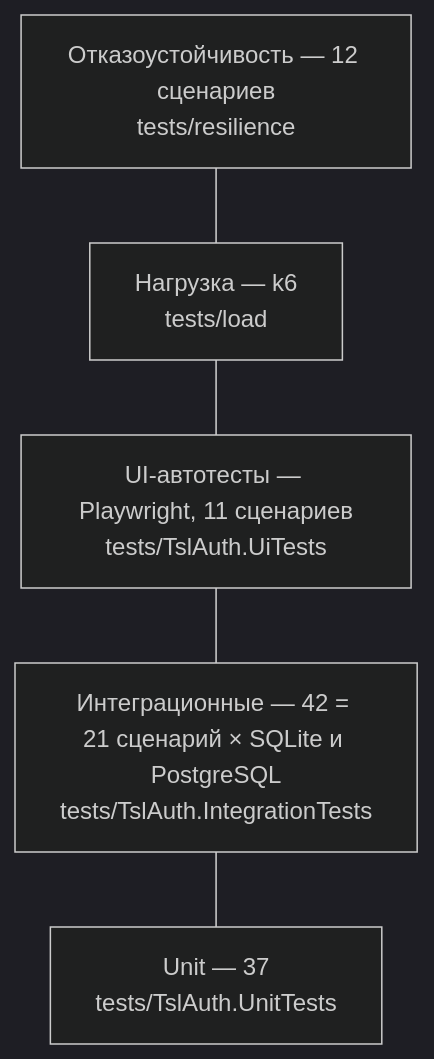
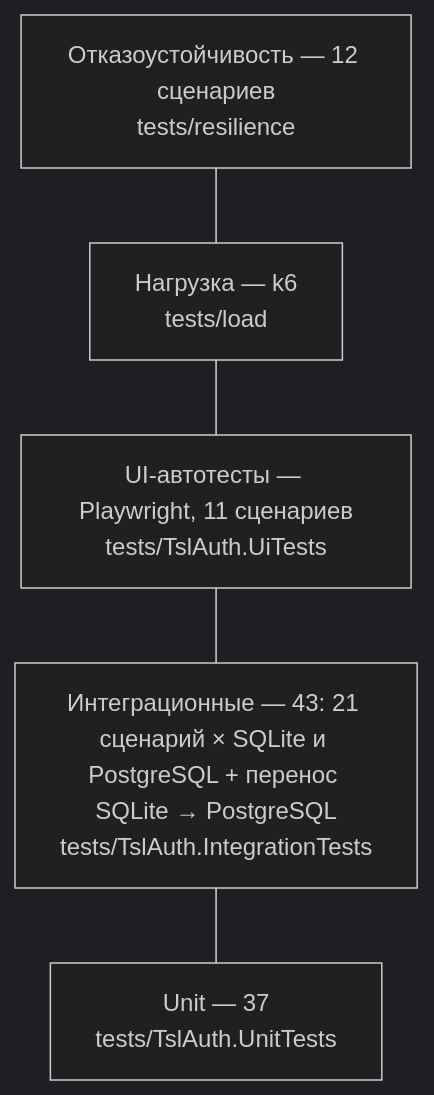
Before and after one commit to akprof2000/tsl-auth: the diagram in docs/testing.md, drawn with Mermaid (dark theme). The commit also changed other lines of this file and 9 other files, not shown here.

First line of the commit message:
CLI admin migrate-to-postgres: перенос SQLite → PostgreSQL со сверкой

````diff
--- a/docs/testing.md
+++ b/docs/testing.md
@@ -3,9 +3,9 @@
 ```mermaid
 flowchart TB
     R["Отказоустойчивость — 12 сценариев<br/>tests/resilience"]
     L["Нагрузка — k6<br/>tests/load"]
     UI["UI-автотесты — Playwright, 11 сценариев<br/>tests/TslAuth.UiTests"]
-    I["Интеграционные — 42 = 21 сценарий × SQLite и PostgreSQL<br/>tests/TslAuth.IntegrationTests"]
+    I["Интеграционные — 43: 21 сценарий × SQLite и PostgreSQL + перенос SQLite → PostgreSQL<br/>tests/TslAuth.IntegrationTests"]
     U["Unit — 37<br/>tests/TslAuth.UnitTests"]
     R --- L --- UI --- I --- U
 ```
````
